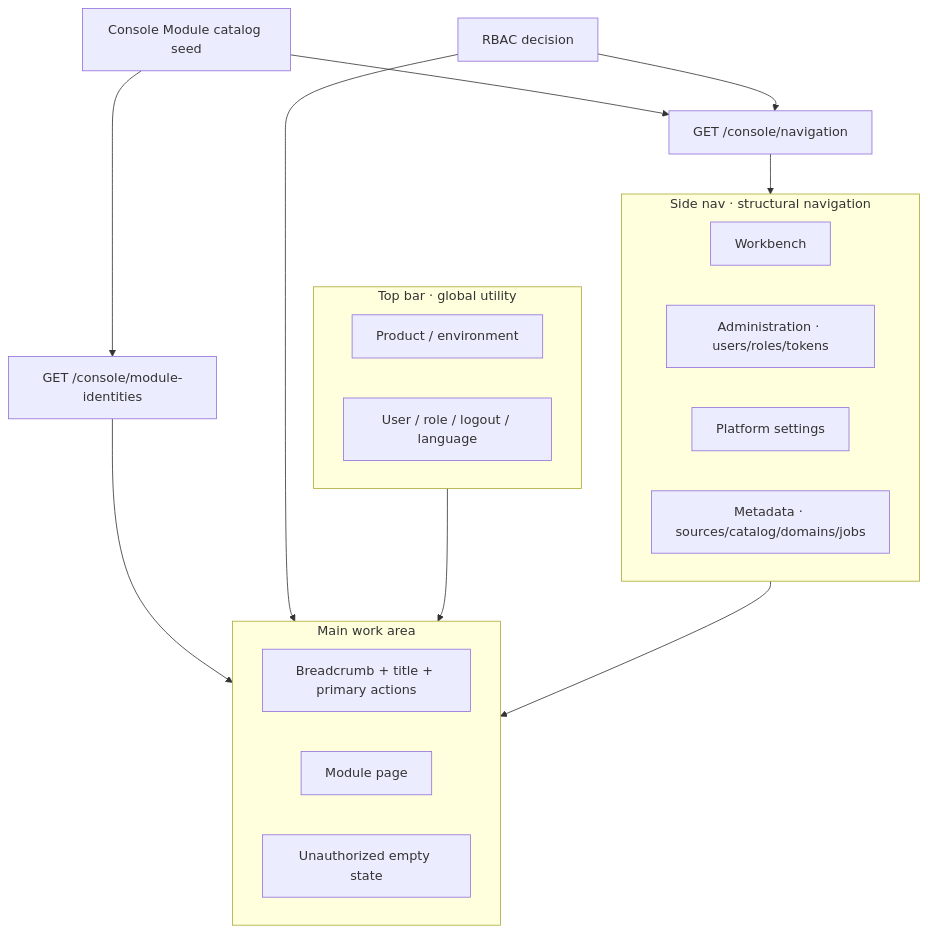
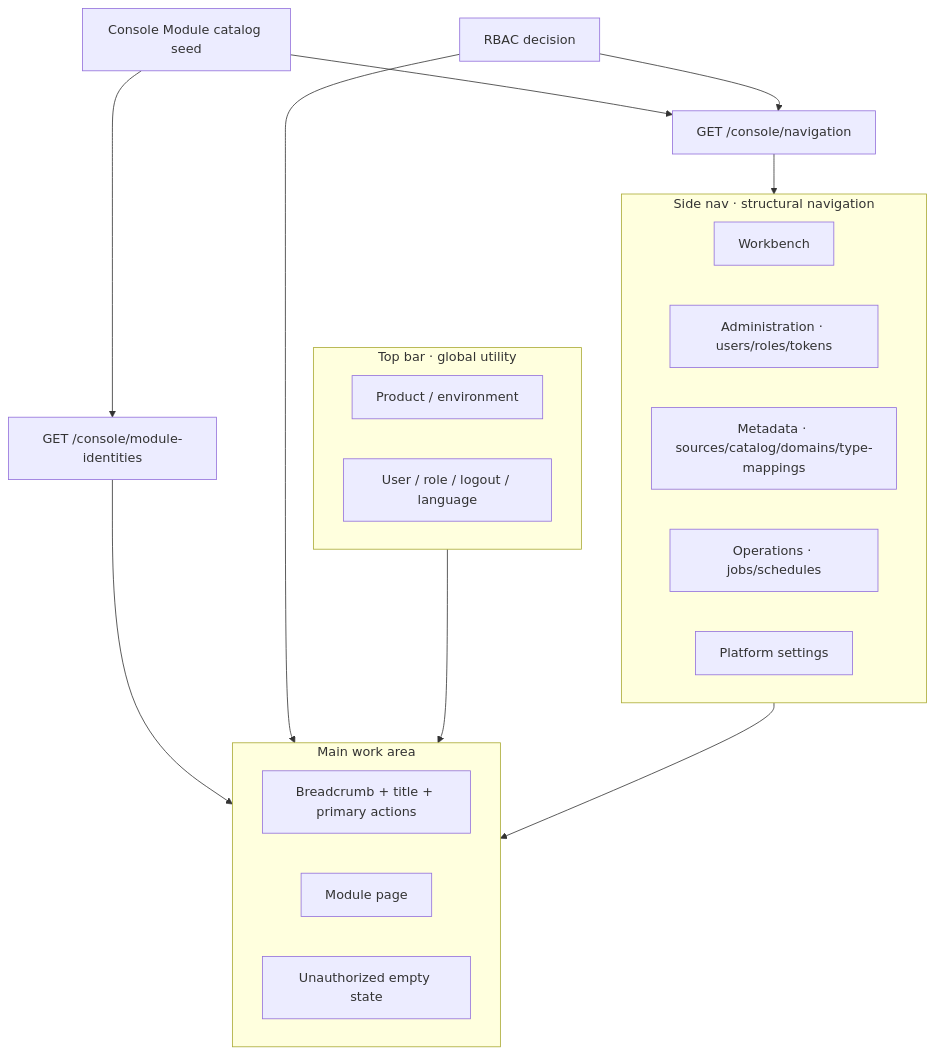
One commit to hughluang/refraq changed the diagram in docs/business-management-console.md. Above: the diagram before and after it, drawn with Mermaid. The commit also changed other lines of this file and 50 other files, not shown here.

````diff
--- a/docs/business-management-console.md
+++ b/docs/business-management-console.md
@@ -135,29 +138,30 @@
 ```mermaid
 flowchart TB
   subgraph TopBar["Top bar · global utility"]
     Brand["Product / environment"]
     UserMenu["User / role / logout / language"]
   end
 
   subgraph SideNav["Side nav · structural navigation"]
     G1["Workbench"]
     G2["Administration · users/roles/tokens"]
-    G3["Platform settings"]
-    G4["Metadata · sources/catalog/domains/jobs"]
+    G3["Metadata · sources/catalog/domains/type-mappings"]
+    G4["Operations · jobs/schedules"]
+    G5["Platform settings"]
   end
 
   subgraph Main["Main work area"]
     Chrome["Breadcrumb + title + primary actions"]
     Body["Module page"]
     Empty["Unauthorized empty state"]
   end
 
   Catalog["Console Module catalog seed"] --> NavAPI["GET /console/navigation"]
   Catalog --> IdAPI["GET /console/module-identities"]
   RBAC["RBAC decision"] --> NavAPI
   NavAPI --> SideNav
   IdAPI --> Main
   RBAC --> Main
   TopBar --> Main
   SideNav --> Main
 ```
````
